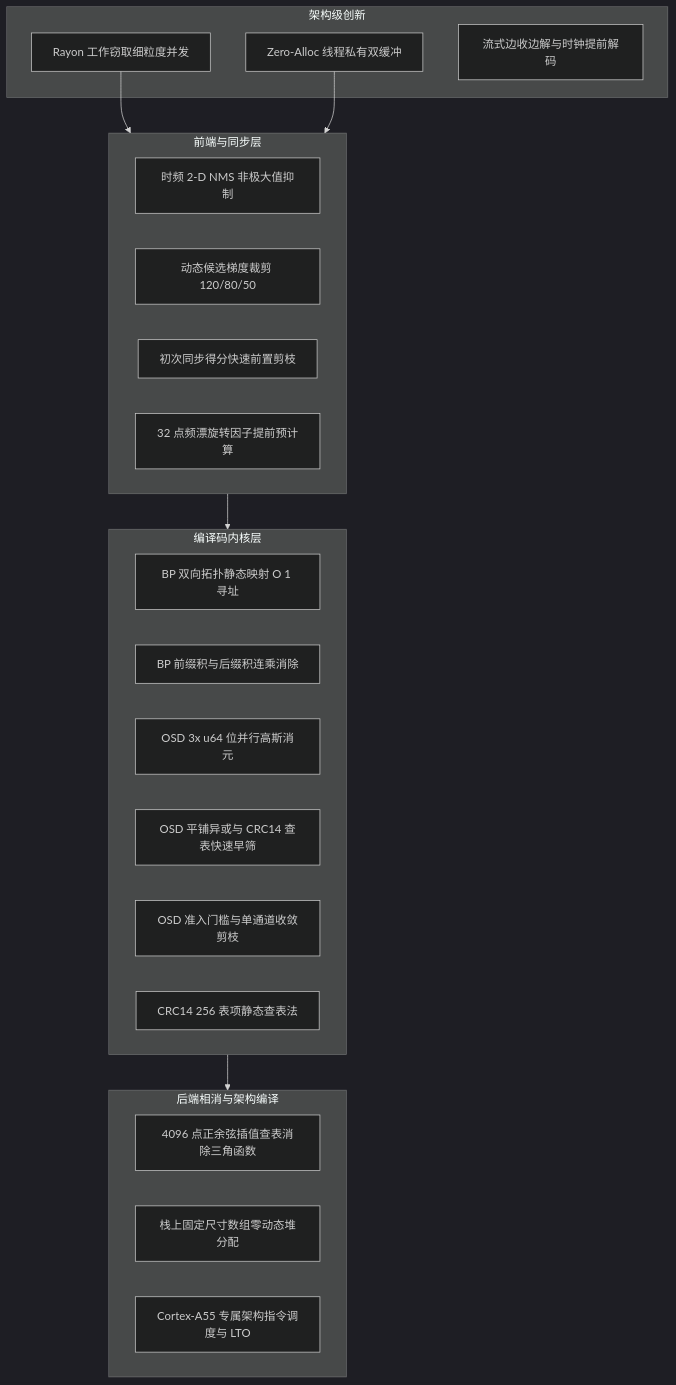
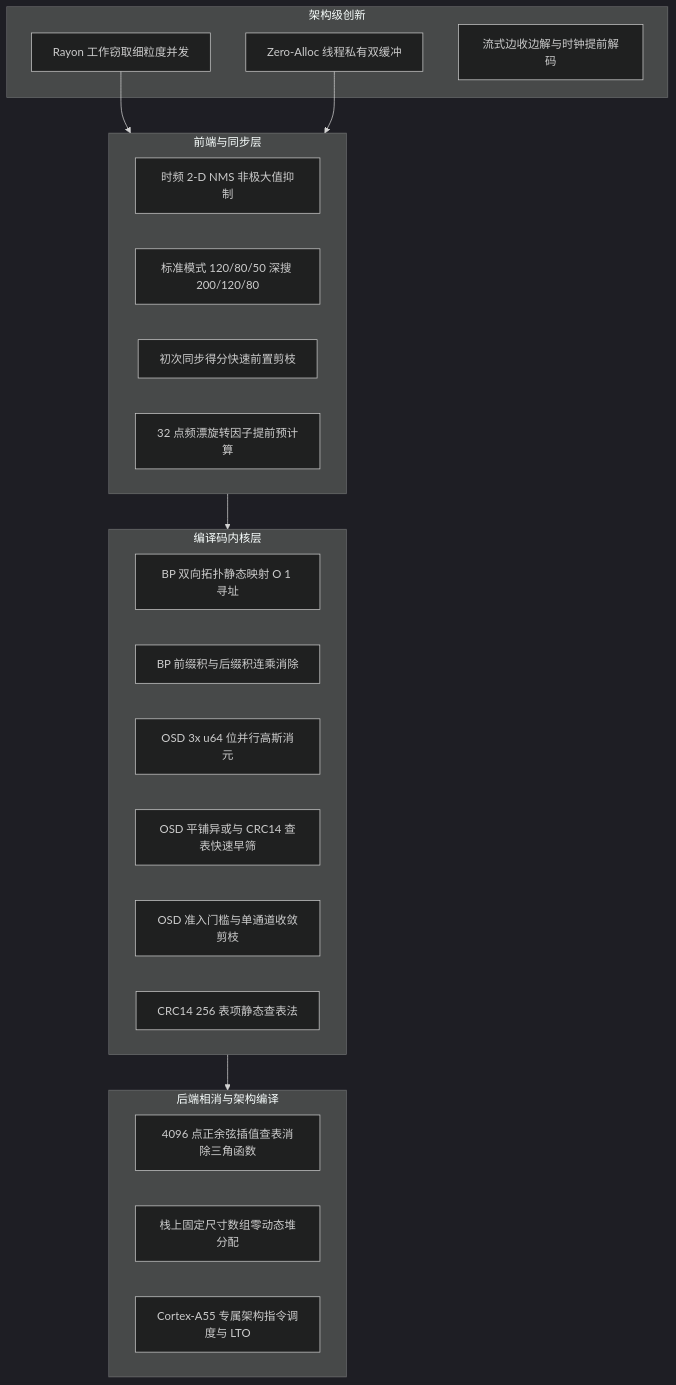
Before and after one commit to siuze/rust-ft8: the diagram in docs/PERFORMANCE_OPTIMIZATION.md, drawn with Mermaid (dark theme). The commit also changed other lines of this file and 12 other files, not shown here.

````diff
--- a/docs/PERFORMANCE_OPTIMIZATION.md
+++ b/docs/PERFORMANCE_OPTIMIZATION.md
@@ -15,35 +16,35 @@
 ```mermaid
 graph TD
     subgraph 架构级创新
         A1[Rayon 工作窃取细粒度并发]
         A2[Zero-Alloc 线程私有双缓冲]
         A3[流式边收边解与时钟提前解码]
     end
 
     subgraph 前端与同步层
         B1[时频 2-D NMS 非极大值抑制]
-        B2[动态候选梯度裁剪 120/80/50]
+        B2[标准模式 120/80/50 深搜 200/120/80]
         B3[初次同步得分快速前置剪枝]
         B4[32 点频漂旋转因子提前预计算]
     end
 
     subgraph 编译码内核层
         C1[BP 双向拓扑静态映射 O 1 寻址]
         C2[BP 前缀积与后缀积连乘消除]
         C3[OSD 3x u64 位并行高斯消元]
         C4[OSD 平铺异或与 CRC14 查表快速早筛]
         C5[OSD 准入门槛与单通道收敛剪枝]
         C6[CRC14 256 表项静态查表法]
     end
 
     subgraph 后端相消与架构编译
         D1[4096 点正余弦插值查表消除三角函数]
         D2[栈上固定尺寸数组零动态堆分配]
         D3[Cortex-A55 专属架构指令调度与 LTO]
     end
 
     A1 --> 前端与同步层
     A2 --> 前端与同步层
     前端与同步层 --> 编译码内核层
     编译码内核层 --> 后端相消与架构编译
 ```
````
